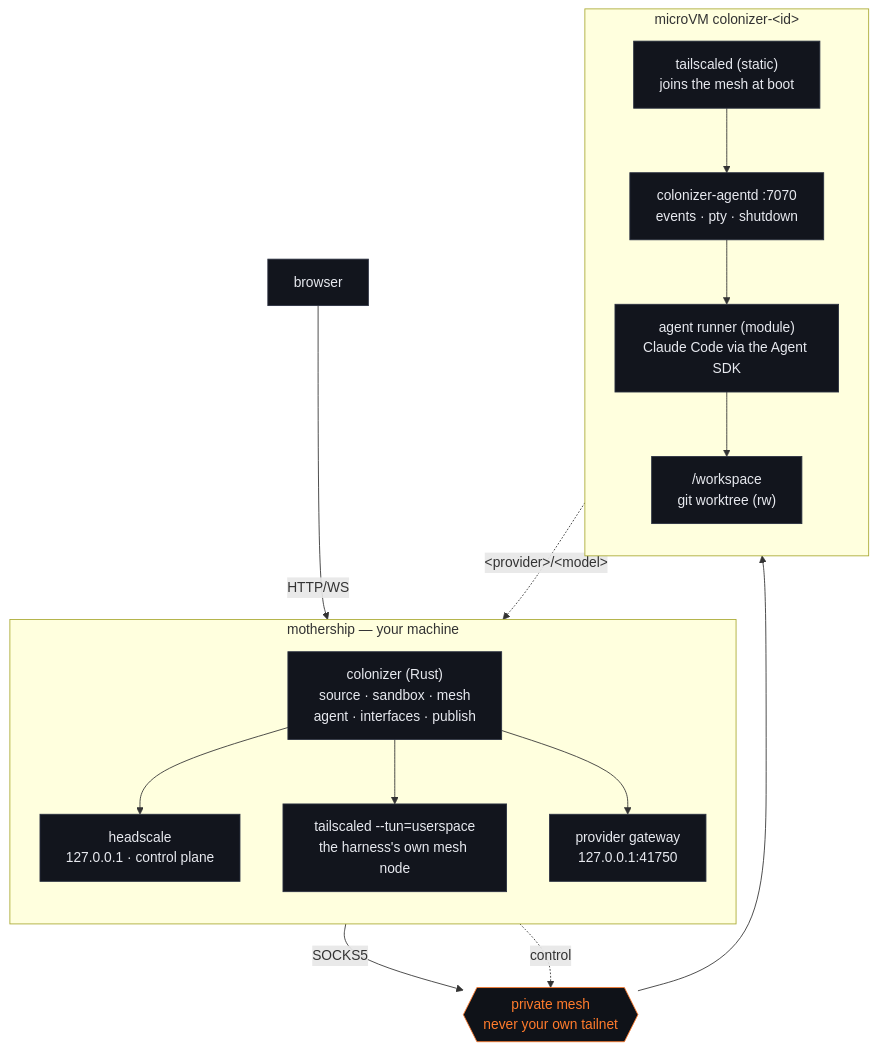
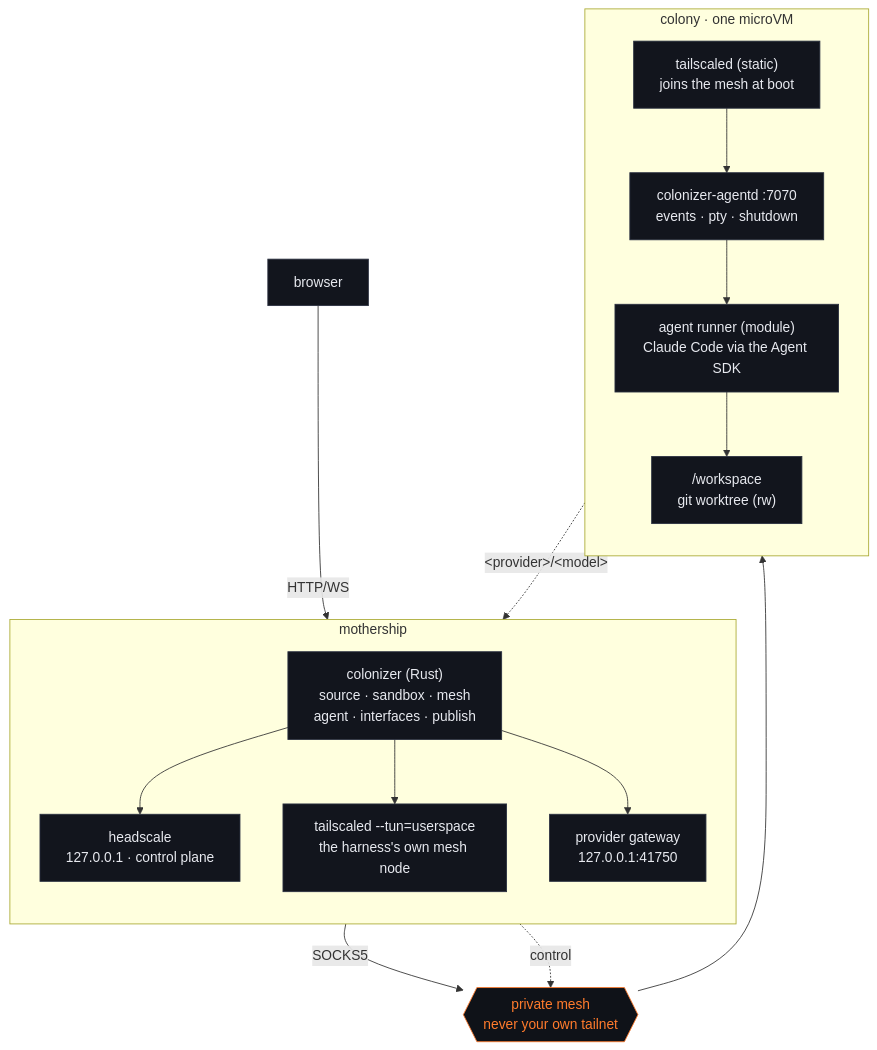
One commit to Colonizer-dev/harness changed the first of 2 diagrams in docs/architecture.md. Above: the diagram before and after it, drawn with Mermaid.

Commit message:
Keep the cluster titles inside their clusters
Mermaid sizes a subgraph's title box from the label, and both of mine were long
enough to be clipped by the cluster border: 'mothership — your machine' rendered
as 'mothership — your'.

````diff
--- a/docs/architecture.md
+++ b/docs/architecture.md
@@ -7,39 +7,39 @@
 ```mermaid
 flowchart TB
   browser["browser"]
 
-  subgraph mothership["mothership — your machine"]
+  subgraph mothership["mothership"]
     direction TB
     host["colonizer (Rust)<br/>source · sandbox · mesh<br/>agent · interfaces · publish"]
     hs["headscale<br/>127.0.0.1 · control plane"]
     ts["tailscaled --tun=userspace<br/>the harness's own mesh node"]
     gw["provider gateway<br/>127.0.0.1:41750"]
   end
 
   mesh{{"private mesh<br/>never your own tailnet"}}
 
-  subgraph colony["microVM colonizer-&lt;id&gt;"]
+  subgraph colony["colony · one microVM"]
     direction TB
     vmts["tailscaled (static)<br/>joins the mesh at boot"]
     agentd["colonizer-agentd :7070<br/>events · pty · shutdown"]
     runner["agent runner (module)<br/>Claude Code via the Agent SDK"]
     ws["/workspace<br/>git worktree (rw)"]
   end
 
   browser -->|HTTP/WS| host
   host --> hs
   host --> ts
   host --> gw
   ts -->|SOCKS5| mesh
   hs -.->|control| mesh
   mesh --> vmts
   vmts --> agentd
   agentd --> runner
   runner --> ws
   runner -.->|"&lt;provider&gt;/&lt;model&gt;"| gw
 
   classDef box fill:#12151d,stroke:#2a3040,color:#e7e9ef
   classDef edge fill:#0f1218,stroke:#ff7b2c,color:#ff7b2c
   class browser,host,hs,ts,gw,vmts,agentd,runner,ws box
   class mesh edge
 ```
````
